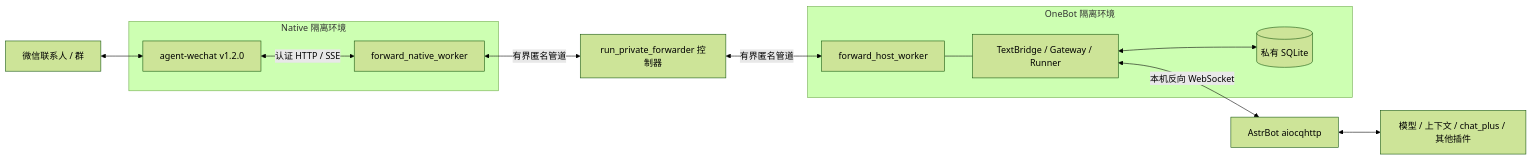
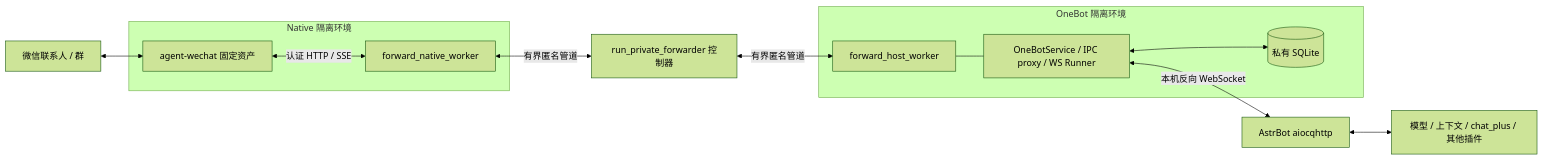
Before and after one commit to MukPun/MukPun-WeChat: the first of 2 diagrams in docs/DEVELOPMENT.md, drawn with Mermaid (forest theme). The commit also changed other lines of this file and 11 other files, not shown here.

````diff
--- a/docs/DEVELOPMENT.md
+++ b/docs/DEVELOPMENT.md
@@ -11,24 +11,24 @@
 ```mermaid
 flowchart LR
     WX[微信联系人 / 群]
     subgraph N[Native 隔离环境]
-        SDK[agent-wechat v1.2.0]
+        SDK[agent-wechat 固定资产]
         NW[forward_native_worker]
         SDK <-->|认证 HTTP / SSE| NW
     end
     C[run_private_forwarder 控制器]
     subgraph B[OneBot 隔离环境]
         HW[forward_host_worker]
-        BR[TextBridge / Gateway / Runner]
+        BR[OneBotService / IPC proxy / WS Runner]
         DB[(私有 SQLite)]
         HW --- BR
         BR <--> DB
     end
     AB[AstrBot aiocqhttp]
     LLM[模型 / 上下文 / chat_plus / 其他插件]
     WX <--> SDK
     NW <-->|有界匿名管道| C
     C <-->|有界匿名管道| HW
     BR <-->|本机反向 WebSocket| AB
     AB <--> LLM
 ```
````
